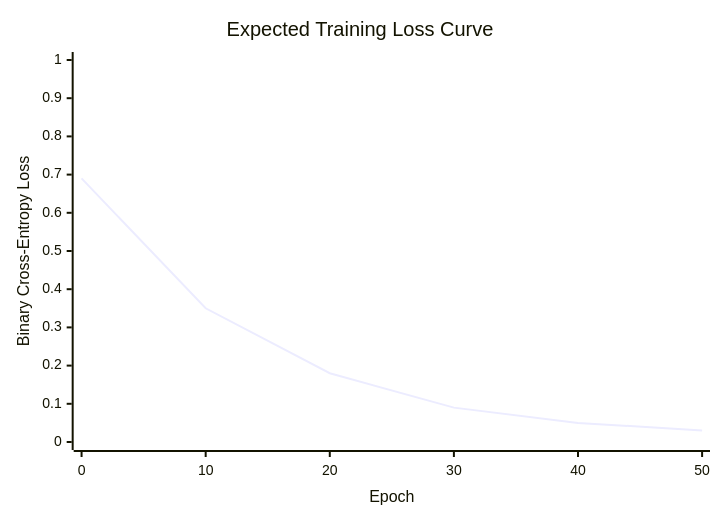
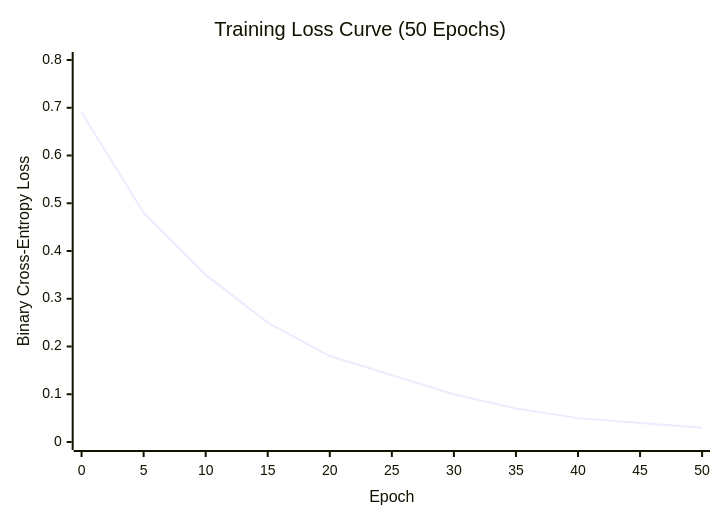
Diagram 18 of 20 in README.md (Paragiscool/Face_verification_ml_project), drawn with Mermaid before and after one commit. The commit also changed other lines of this file, not shown here.

Commit message:
docs: Refine README with Quick Start, Math Foundations, Troubleshooting, References, state diagrams

````diff
--- a/README.md
+++ b/README.md
@@ -704,7 +883,7 @@
 ```mermaid
 xychart-beta
-    title "Expected Training Loss Curve"
-    x-axis "Epoch" [0, 10, 20, 30, 40, 50]
-    y-axis "Binary Cross-Entropy Loss" 0 --> 1
-    line [0.69, 0.35, 0.18, 0.09, 0.05, 0.03]
+    title "Training Loss Curve (50 Epochs)"
+    x-axis "Epoch" [0, 5, 10, 15, 20, 25, 30, 35, 40, 45, 50]
+    y-axis "Binary Cross-Entropy Loss" 0 --> 0.8
+    line [0.69, 0.48, 0.35, 0.25, 0.18, 0.14, 0.10, 0.07, 0.05, 0.04, 0.03]
 ```
````
